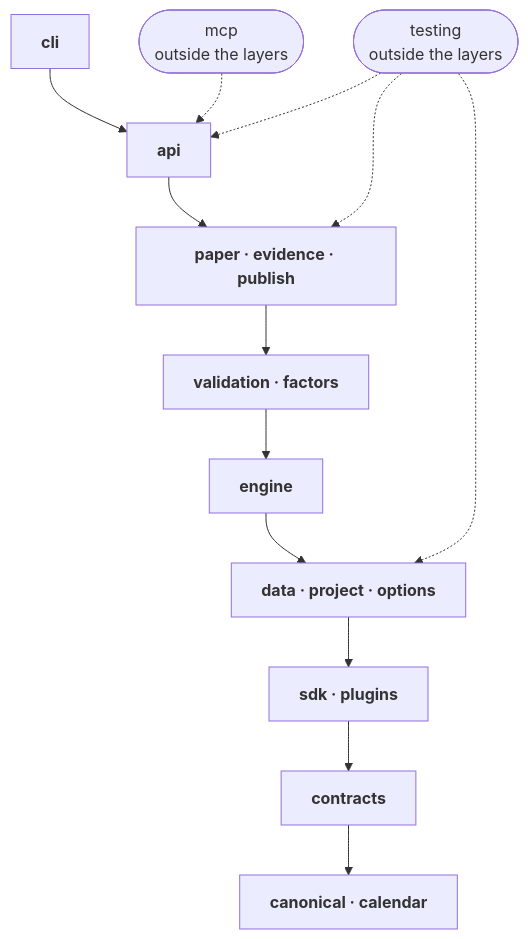
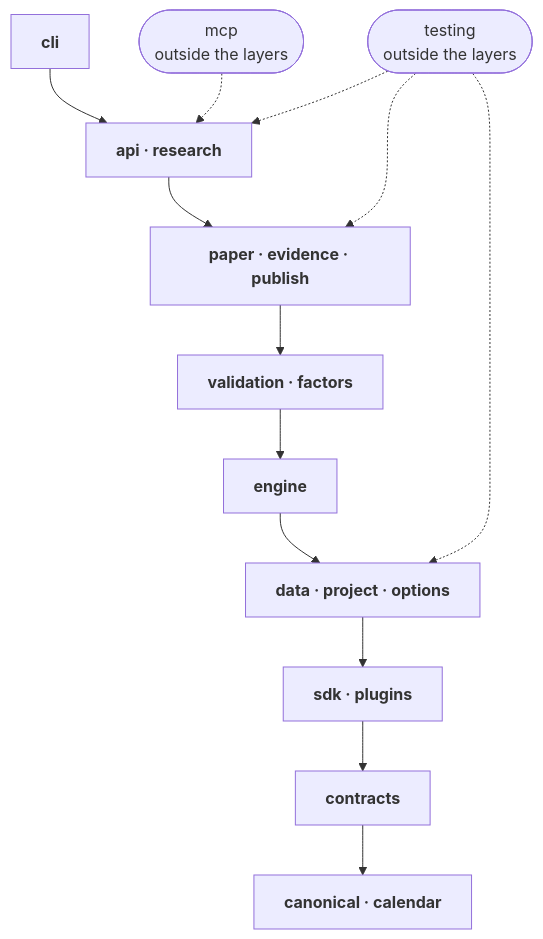
The fifth of 6 diagrams in docs/design/ARCHITECTURE.md (specsignal-labs/signalquarry), drawn with Mermaid before and after one commit. The commit also changed other lines of this file and 9 other files, not shown here.

````diff
--- a/docs/design/ARCHITECTURE.md
+++ b/docs/design/ARCHITECTURE.md
@@ -402,26 +403,26 @@
 ```mermaid
 flowchart TB
   L0["<b>cli</b>"]
-  L1["<b>api</b>"]
+  L1["<b>api · research</b>"]
   L0 --> L1
   L2["<b>paper · evidence · publish</b>"]
   L1 --> L2
   L3["<b>validation · factors</b>"]
   L2 --> L3
   L4["<b>engine</b>"]
   L3 --> L4
   L5["<b>data · project · options</b>"]
   L4 --> L5
   L6["<b>sdk · plugins</b>"]
   L5 --> L6
   L7["<b>contracts</b>"]
   L6 --> L7
   L8["<b>canonical · calendar</b>"]
   L7 --> L8
   mcp(["mcp<br/>outside the layers"])
   mcp -.-> L1
   testing(["testing<br/>outside the layers"])
   testing -.-> L1
   testing -.-> L2
   testing -.-> L5
 ```
````
